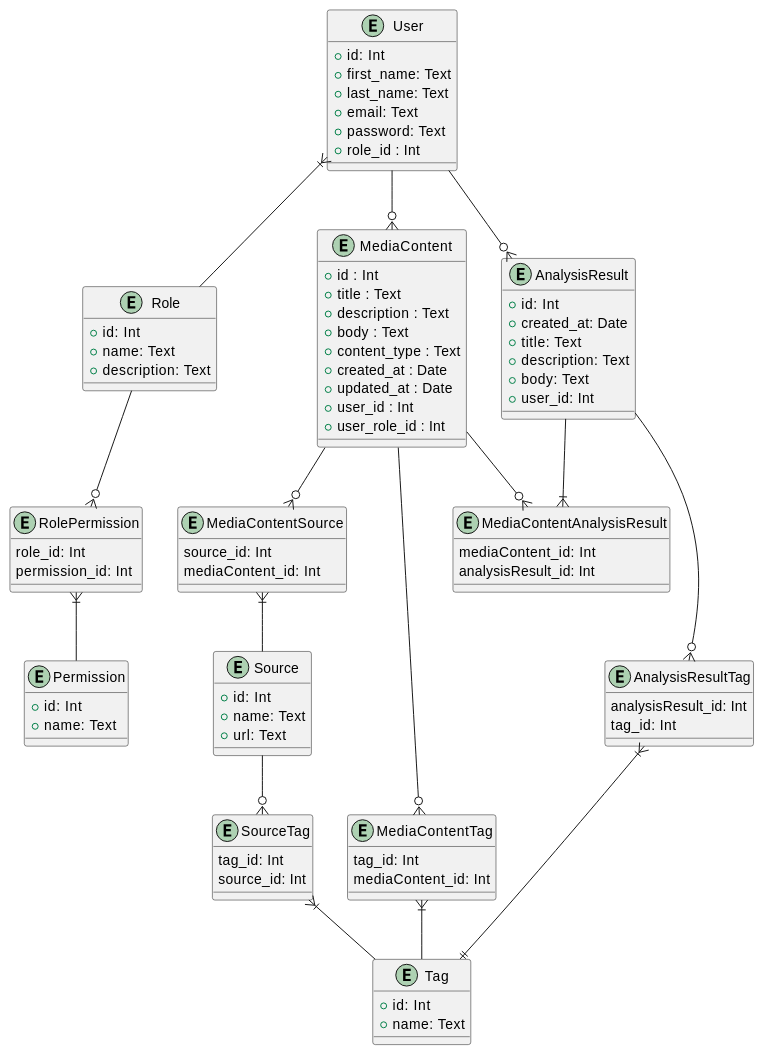
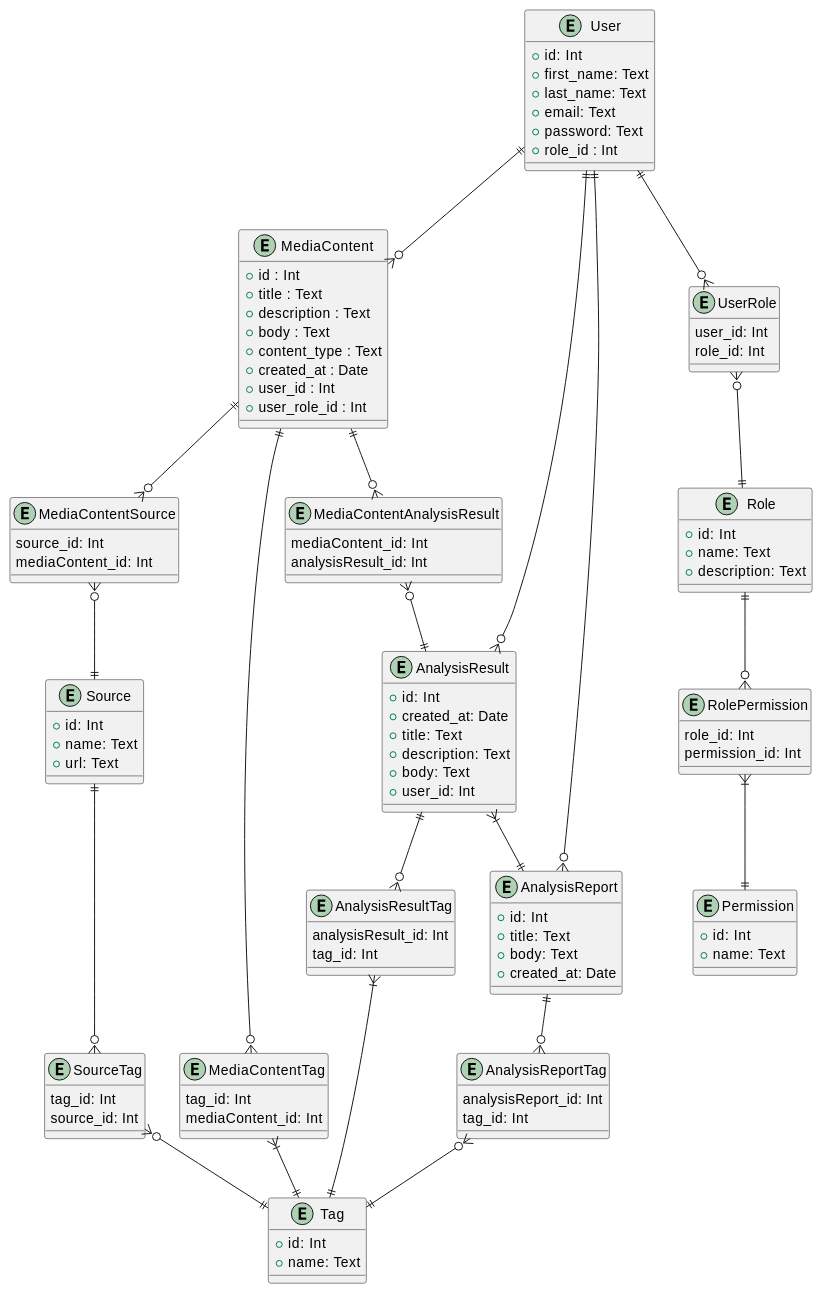
Before and after one commit to semenyaka08/media-content-api: the second of 2 diagrams in docs/design/README.md, drawn with PlantUML.

Commit message:
er model updated

```diff
--- a/docs/design/README.md
+++ b/docs/design/README.md
@@ -155,7 +155,6 @@
   +body : Text
   +content_type : Text
   +created_at : Date
-  +updated_at : Date
   +user_id : Int
   +user_role_id : Int
 }
@@ -178,6 +177,13 @@
     +description: Text
     +body: Text
     +user_id: Int
+}
+
+entity AnalysisReport {
+    +id: Int
+    +title: Text
+    +body: Text
+    +created_at: Date
 }
 
 entity MediaContentSource {
@@ -204,25 +210,41 @@
     analysisResult_id: Int
     tag_id: Int
 }
+
 entity SourceTag{
     tag_id: Int
     source_id: Int
 }
 
-User }|-- Role
-User --o{ MediaContent
-User --o{ AnalysisResult
-Role --o{ RolePermission 
-RolePermission }|-- Permission 
-MediaContent --o{ MediaContentTag
-MediaContent --o{ MediaContentSource 
-MediaContent --o{ MediaContentAnalysisResult
-AnalysisResult --|{ MediaContentAnalysisResult
-AnalysisResult --o{ AnalysisResultTag
-MediaContentTag }|-- Tag
-MediaContentSource }|-- Source
-Source --o{ SourceTag
-SourceTag }|-- Tag
+entity UserRole {
+    user_id: Int
+    role_id: Int
+}
+
+entity AnalysisReportTag {
+    analysisReport_id: Int
+    tag_id: Int
+}
+
+
+User ||--o{ UserRole
+User ||--o{ MediaContent
+User ||--o{ AnalysisResult
+User ||--o{ AnalysisReport
+UserRole }o--|| Role
+Role ||--o{ RolePermission 
+RolePermission }|--|| Permission 
+MediaContent ||--o{ MediaContentTag
+MediaContent ||--o{ MediaContentSource 
+MediaContent ||--o{ MediaContentAnalysisResult
+MediaContentAnalysisResult }o--|| AnalysisResult 
+AnalysisResult ||--o{ AnalysisResultTag
+AnalysisResult }|--|| AnalysisReport
+MediaContentTag }|--|| Tag
+MediaContentSource }o--|| Source
+Source ||--o{ SourceTag
+SourceTag }o--|| Tag
 AnalysisResultTag }|--|| Tag
-
+AnalysisReport ||--o{ AnalysisReportTag
+AnalysisReportTag }o--|| Tag
 @enduml
```
